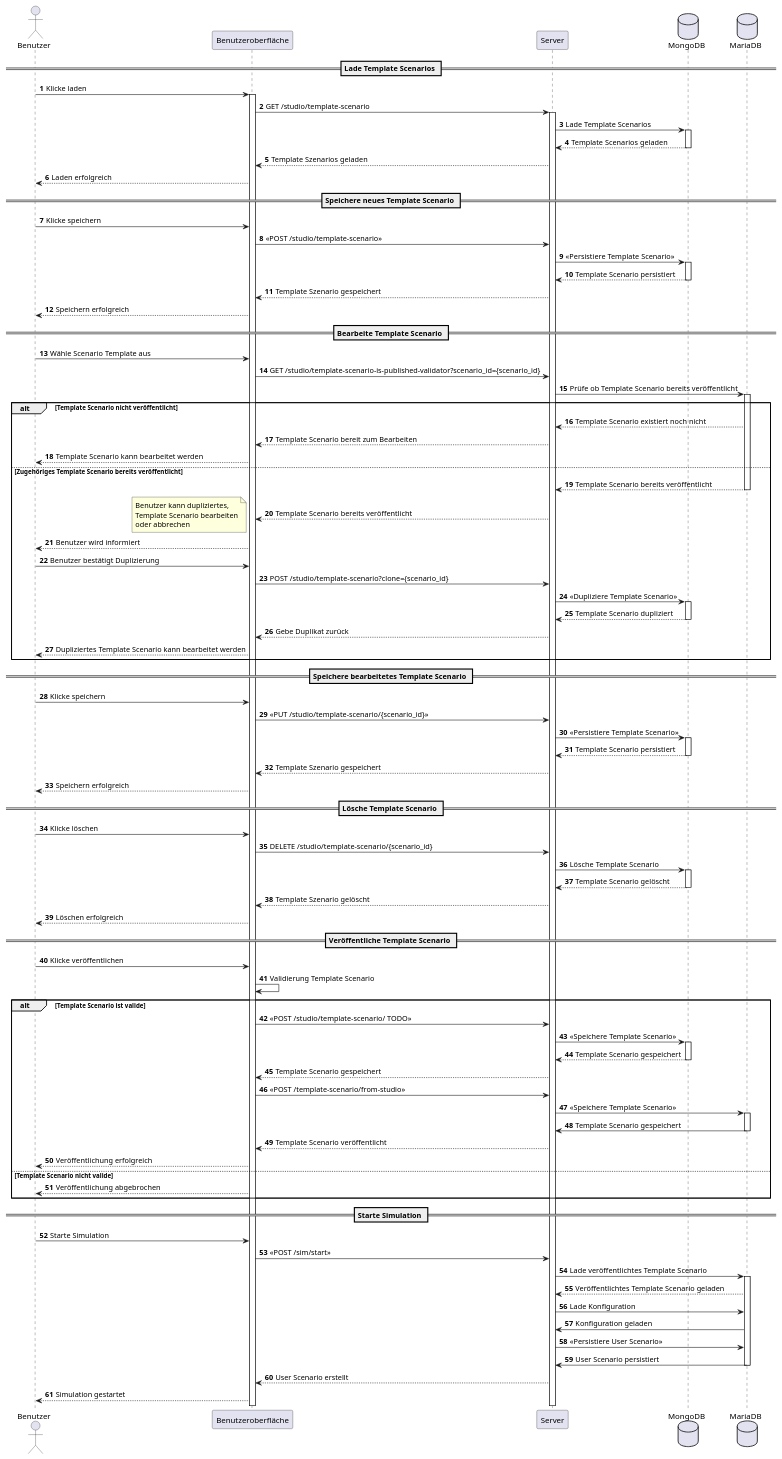
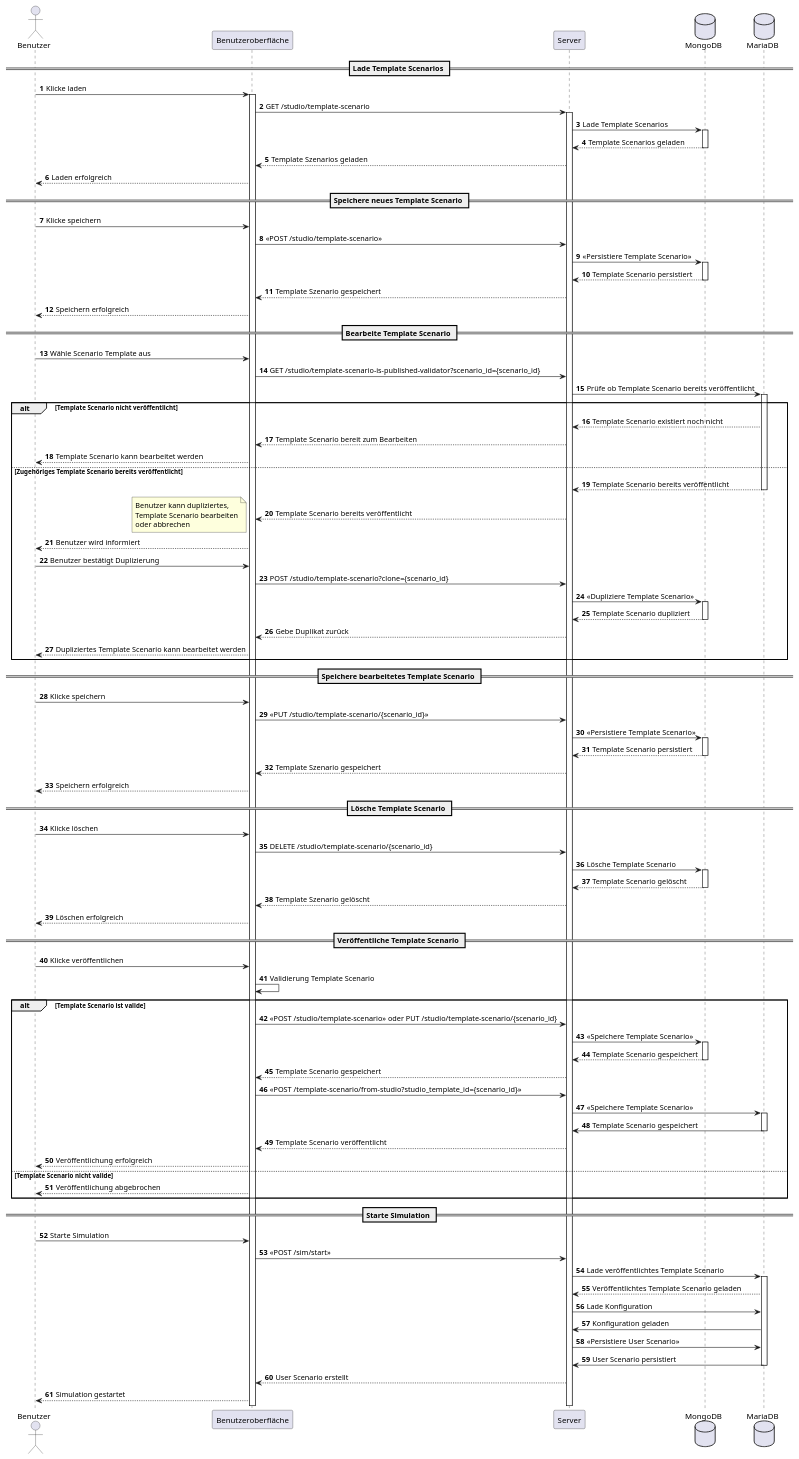
One commit to fra-uas-project/softDsim changed the diagram in backend/documentation/sequence scenario.puml. Above: the diagram before and after it, drawn with PlantUML. The commit also changed 1 other file, not shown here.

Commit message:
implement save and publish scenario

```diff
--- a/backend/documentation/sequence scenario.puml
+++ b/backend/documentation/sequence scenario.puml
@@ -1,130 +1,130 @@
 @startuml
 'https://plantuml.com/sequence-diagram
 
 autonumber
 actor Benutzer
 participant Benutzeroberfläche
 participant Server
 database MongoDB
 database MariaDB
 
 == Lade Template Scenarios ==
 
 Benutzer -> Benutzeroberfläche: Klicke laden
 activate Benutzeroberfläche
 Benutzeroberfläche -> Server: GET /studio/template-scenario
 activate Server
 Server -> MongoDB: Lade Template Scenarios
 activate MongoDB
 MongoDB --> Server: Template Scenarios geladen
 deactivate MongoDB
 Server --> Benutzeroberfläche: Template Szenarios geladen
 Benutzeroberfläche --> Benutzer: Laden erfolgreich
 
 == Speichere neues Template Scenario ==
 
 Benutzer -> Benutzeroberfläche: Klicke speichern
 Benutzeroberfläche -> Server: << POST /studio/template-scenario >>
 Server -> MongoDB: << Persistiere Template Scenario >>
 activate MongoDB
 MongoDB --> Server: Template Scenario persistiert
 deactivate MongoDB
 Server --> Benutzeroberfläche: Template Szenario gespeichert
 Benutzeroberfläche --> Benutzer: Speichern erfolgreich
 
 == Bearbeite Template Scenario ==
 
 Benutzer -> Benutzeroberfläche: Wähle Scenario Template aus
 Benutzeroberfläche -> Server: GET /studio/template-scenario-is-published-validator?scenario_id={scenario_id}
 'Server -> MongoDB: Lade Template Scenario
 'activate MongoDB
 'MongoDB --> Server: Template Scenario geladen
 'deactivate MongoDB
 Server -> MariaDB: Prüfe ob Template Scenario bereits veröffentlicht
 activate MariaDB
 
 alt Template Scenario nicht veröffentlicht
     MariaDB --> Server: Template Scenario existiert noch nicht
     Server --> Benutzeroberfläche: Template Scenario bereit zum Bearbeiten
     Benutzeroberfläche --> Benutzer: Template Scenario kann bearbeitet werden
 
 else Zugehöriges Template Scenario bereits veröffentlicht
     MariaDB --> Server: Template Scenario bereits veröffentlicht
     deactivate MariaDB
     Server --> Benutzeroberfläche: Template Scenario bereits veröffentlicht
                 note left
                 Benutzer kann dupliziertes,
                 Template Scenario bearbeiten
                 oder abbrechen
                 end note
     Benutzeroberfläche --> Benutzer: Benutzer wird informiert
     Benutzer -> Benutzeroberfläche: Benutzer bestätigt Duplizierung
     Benutzeroberfläche -> Server: POST /studio/template-scenario?clone={scenario_id}
     Server -> MongoDB: << Dupliziere Template Scenario >>
     activate MongoDB
     MongoDB --> Server: Template Scenario dupliziert
     deactivate MongoDB
     Server --> Benutzeroberfläche: Gebe Duplikat zurück
     Benutzeroberfläche --> Benutzer: Dupliziertes Template Scenario kann bearbeitet werden
 end
 
 == Speichere bearbeitetes Template Scenario ==
 
 Benutzer -> Benutzeroberfläche: Klicke speichern
 Benutzeroberfläche -> Server: << PUT /studio/template-scenario/{scenario_id} >>
 Server -> MongoDB: << Persistiere Template Scenario >>
 activate MongoDB
 MongoDB --> Server: Template Scenario persistiert
 deactivate MongoDB
 Server --> Benutzeroberfläche: Template Szenario gespeichert
 Benutzeroberfläche --> Benutzer: Speichern erfolgreich
 
 == Lösche Template Scenario ==
 
 Benutzer -> Benutzeroberfläche: Klicke löschen
 Benutzeroberfläche -> Server: DELETE /studio/template-scenario/{scenario_id}
 Server -> MongoDB: Lösche Template Scenario
 activate MongoDB
 MongoDB --> Server: Template Scenario gelöscht
 deactivate MongoDB
 Server --> Benutzeroberfläche: Template Szenario gelöscht
 Benutzeroberfläche --> Benutzer: Löschen erfolgreich
 
 == Veröffentliche Template Scenario ==
 
 Benutzer -> Benutzeroberfläche: Klicke veröffentlichen
 Benutzeroberfläche -> Benutzeroberfläche: Validierung Template Scenario
 alt Template Scenario ist valide
-    Benutzeroberfläche -> Server: << POST /studio/template-scenario/ TODO >>
+    Benutzeroberfläche -> Server: << POST /studio/template-scenario >> oder PUT /studio/template-scenario/{scenario_id}
     Server -> MongoDB: << Speichere Template Scenario >>
     activate MongoDB
     MongoDB --> Server: Template Scenario gespeichert
     deactivate MongoDB
     Server --> Benutzeroberfläche: Template Scenario gespeichert
-    Benutzeroberfläche -> Server: << POST /template-scenario/from-studio >>
+    Benutzeroberfläche -> Server: << POST /template-scenario/from-studio?studio_template_id={scenario_id} >>
     Server -> MariaDB: << Speichere Template Scenario >>
     activate MariaDB
     MariaDB -> Server: Template Scenario gespeichert
     deactivate MariaDB
     Server --> Benutzeroberfläche: Template Scenario veröffentlicht
     Benutzeroberfläche --> Benutzer: Veröffentlichung erfolgreich
 else Template Scenario nicht valide
     Benutzeroberfläche --> Benutzer: Veröffentlichung abgebrochen
 end
 
 == Starte Simulation ==
 
 Benutzer -> Benutzeroberfläche: Starte Simulation
 Benutzeroberfläche -> Server: << POST /sim/start >>
 Server -> MariaDB: Lade veröffentlichtes Template Scenario
 activate MariaDB
 MariaDB --> Server: Veröffentlichtes Template Scenario geladen
 Server -> MariaDB: Lade Konfiguration
 MariaDB -> Server: Konfiguration geladen
 Server -> MariaDB: << Persistiere User Scenario >>
 MariaDB -> Server: User Scenario persistiert
 deactivate MariaDB
 Server --> Benutzeroberfläche: User Scenario erstellt
 Benutzeroberfläche --> Benutzer: Simulation gestartet
 
 @enduml
```
